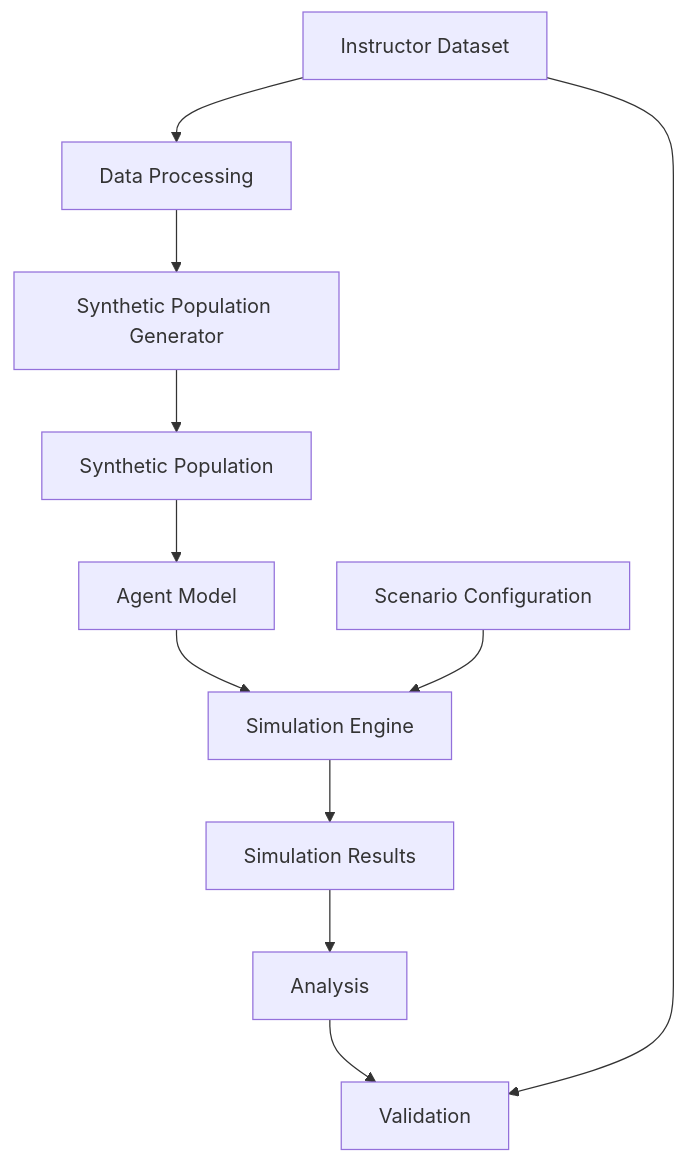
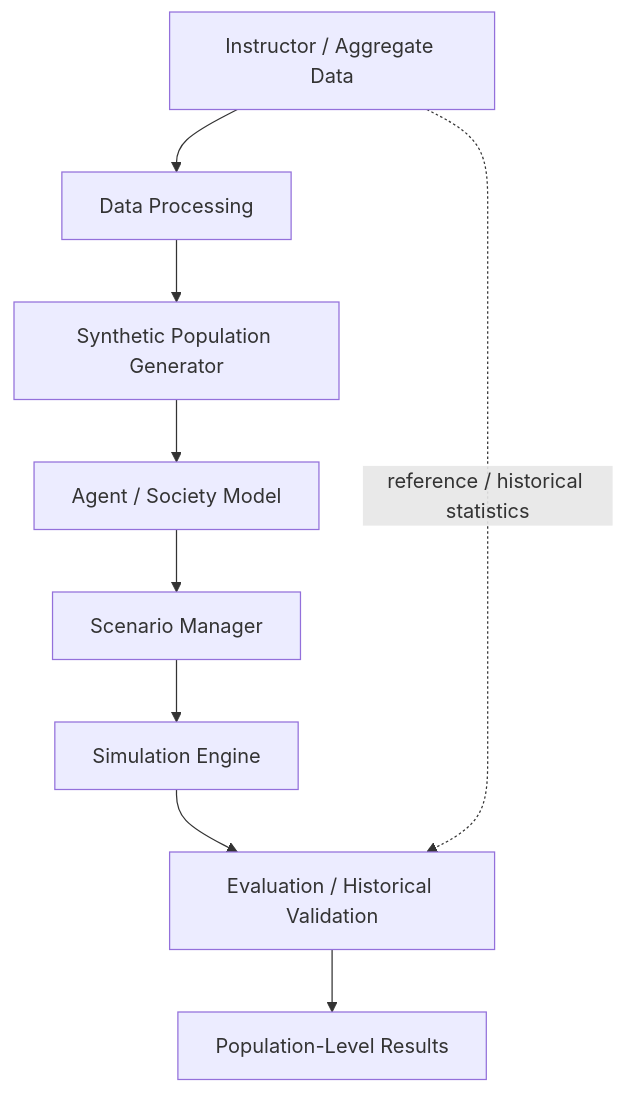
Before and after one commit to Samotic/AI-powered-digital-society-twin: the diagram in docs/architecture.md, drawn with Mermaid. The commit also changed other lines of this file and 15 other files, not shown here.

````diff
--- a/docs/architecture.md
+++ b/docs/architecture.md
@@ -7,24 +7,20 @@
 ```mermaid
 flowchart TD
-    A["Instructor Dataset"]
+    A["Instructor / Aggregate Data"]
     B["Data Processing"]
     C["Synthetic Population Generator"]
-    D["Synthetic Population"]
-    E["Agent Model"]
+    D["Agent / Society Model"]
+    E["Scenario Manager"]
     F["Simulation Engine"]
-    G["Scenario Configuration"]
-    H["Simulation Results"]
-    I["Analysis"]
-    J["Validation"]
+    G["Evaluation / Historical Validation"]
+    H["Population-Level Results"]
 
     A --> B
     B --> C
     C --> D
     D --> E
     E --> F
-    G --> F
-    F --> H
-    H --> I
-    I --> J
-    A --> J
+    F --> G
+    G --> H
+    A -.->|reference / historical statistics| G
 ```
````
